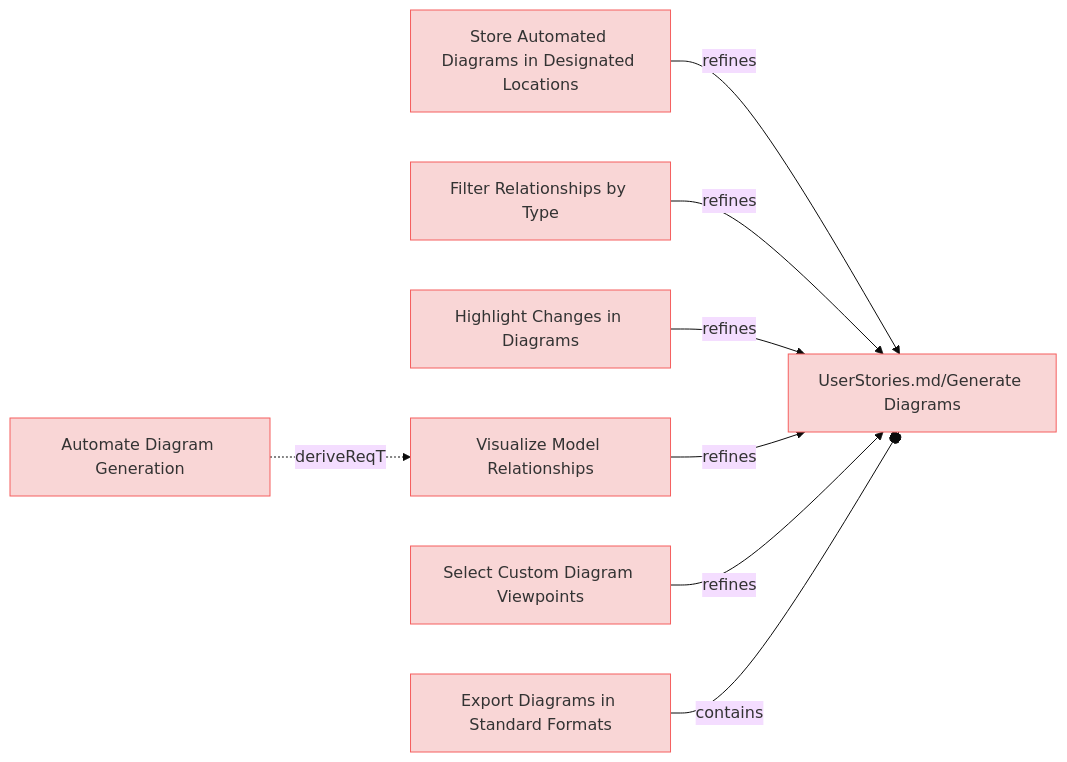
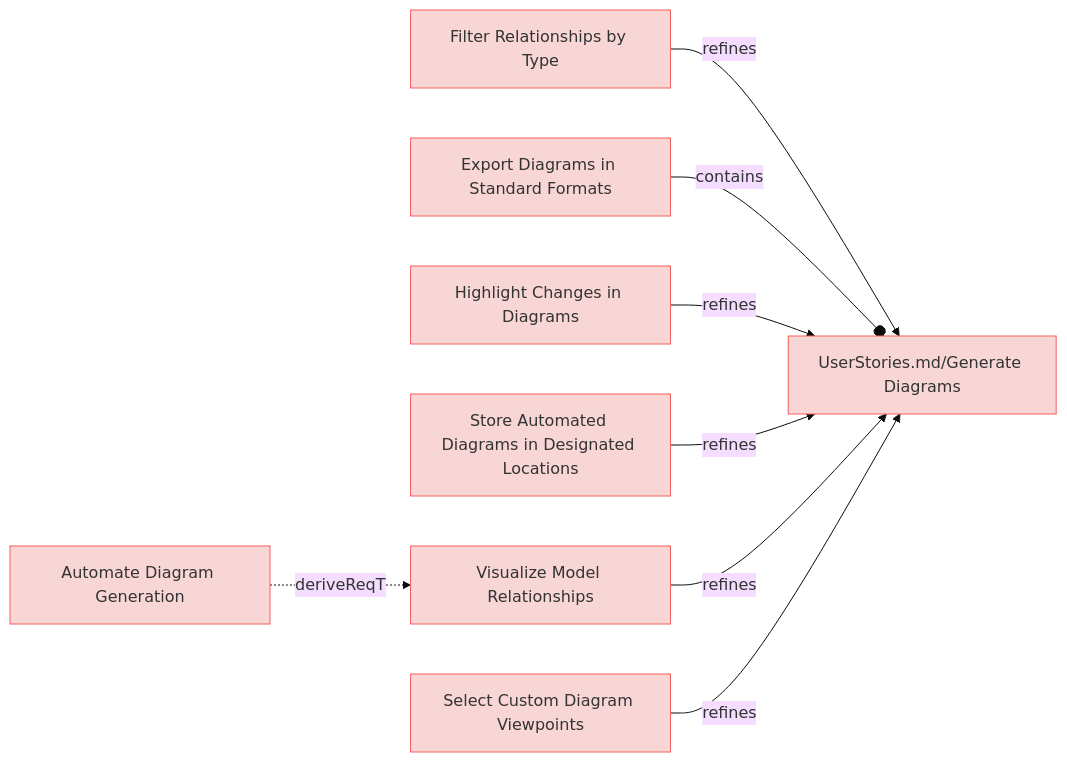
Before and after one commit to reqvire-org/reqvire: the first of 9 diagrams in specifications/UserRequirements.md, drawn with Mermaid (base theme). The commit also changed other lines of this file and 21 other files, not shown here.

````diff
--- a/specifications/UserRequirements.md
+++ b/specifications/UserRequirements.md
@@ -4,40 +4,40 @@
 ```mermaid
 graph LR;
   %% Graph styling
   classDef requirement fill:#f9d6d6,stroke:#f55f5f,stroke-width:1px;
   classDef verification fill:#d6f9d6,stroke:#5fd75f,stroke-width:1px;
   classDef externalLink fill:#d0e0ff,stroke:#3080ff,stroke-width:1px;
   classDef default fill:#f5f5f5,stroke:#333333,stroke-width:1px;
 
-  9276544d5ee17790["Store Automated Diagrams in Designated Locations"];
-  click 9276544d5ee17790 "https://github.com/ilijaljubicic/Reqvire/blob/8a68ca1eab81bac7964085e47777a0a92447c6a5/specifications/UserRequirements.md#store-automated-diagrams-in-designated-locations";
-  class 9276544d5ee17790 requirement;
-  ab3c35050243abb3["UserStories.md/Generate Diagrams"];
-  class ab3c35050243abb3 requirement;
-  click ab3c35050243abb3 "https://github.com/ilijaljubicic/Reqvire/blob/8a68ca1eab81bac7964085e47777a0a92447c6a5/specifications/UserStories.md#generate-diagrams";
-  9276544d5ee17790 -->|refines| ab3c35050243abb3;
-  f3450185979ff229["Filter Relationships by Type"];
-  click f3450185979ff229 "https://github.com/ilijaljubicic/Reqvire/blob/8a68ca1eab81bac7964085e47777a0a92447c6a5/specifications/UserRequirements.md#filter-relationships-by-type";
-  class f3450185979ff229 requirement;
-  f3450185979ff229 -->|refines| ab3c35050243abb3;
-  efa8bb8c8484bb40["Highlight Changes in Diagrams"];
-  click efa8bb8c8484bb40 "https://github.com/ilijaljubicic/Reqvire/blob/8a68ca1eab81bac7964085e47777a0a92447c6a5/specifications/UserRequirements.md#highlight-changes-in-diagrams";
-  class efa8bb8c8484bb40 requirement;
-  efa8bb8c8484bb40 -->|refines| ab3c35050243abb3;
-  4d4dad9ce307fade["Automate Diagram Generation"];
-  click 4d4dad9ce307fade "https://github.com/ilijaljubicic/Reqvire/blob/8a68ca1eab81bac7964085e47777a0a92447c6a5/specifications/UserRequirements.md#automate-diagram-generation";
-  class 4d4dad9ce307fade requirement;
-  e98d18ae3a41815a["Visualize Model Relationships"];
-  class e98d18ae3a41815a requirement;
-  click e98d18ae3a41815a "https://github.com/ilijaljubicic/Reqvire/blob/8a68ca1eab81bac7964085e47777a0a92447c6a5/specifications/UserRequirements.md#visualize-model-relationships";
-  4d4dad9ce307fade -.->|deriveReqT| e98d18ae3a41815a;
-  e98d18ae3a41815a -->|refines| ab3c35050243abb3;
-  979760c5530f9260["Select Custom Diagram Viewpoints"];
-  click 979760c5530f9260 "https://github.com/ilijaljubicic/Reqvire/blob/8a68ca1eab81bac7964085e47777a0a92447c6a5/specifications/UserRequirements.md#select-custom-diagram-viewpoints";
-  class 979760c5530f9260 requirement;
-  979760c5530f9260 -->|refines| ab3c35050243abb3;
-  ff7932724ee600f1["Export Diagrams in Standard Formats"];
-  click ff7932724ee600f1 "https://github.com/ilijaljubicic/Reqvire/blob/8a68ca1eab81bac7964085e47777a0a92447c6a5/specifications/UserRequirements.md#export-diagrams-in-standard-formats";
-  class ff7932724ee600f1 requirement;
-  ff7932724ee600f1 --o|contains| ab3c35050243abb3;
+  66e9d8186acafd13["Filter Relationships by Type"];
+  click 66e9d8186acafd13 "https://github.com/Reqvire/reqvire/blob/f18e52f9f88c64f67a79abc4e93eb74b3ec22615/specifications/UserRequirements.md#filter-relationships-by-type";
+  class 66e9d8186acafd13 requirement;
+  694c4bb24b10f0c7["UserStories.md/Generate Diagrams"];
+  class 694c4bb24b10f0c7 requirement;
+  click 694c4bb24b10f0c7 "https://github.com/Reqvire/reqvire/blob/f18e52f9f88c64f67a79abc4e93eb74b3ec22615/specifications/UserStories.md#generate-diagrams";
+  66e9d8186acafd13 -->|refines| 694c4bb24b10f0c7;
+  a0274ca0625d8493["Export Diagrams in Standard Formats"];
+  click a0274ca0625d8493 "https://github.com/Reqvire/reqvire/blob/f18e52f9f88c64f67a79abc4e93eb74b3ec22615/specifications/UserRequirements.md#export-diagrams-in-standard-formats";
+  class a0274ca0625d8493 requirement;
+  a0274ca0625d8493 --o|contains| 694c4bb24b10f0c7;
+  ac914f743d73674e["Highlight Changes in Diagrams"];
+  click ac914f743d73674e "https://github.com/Reqvire/reqvire/blob/f18e52f9f88c64f67a79abc4e93eb74b3ec22615/specifications/UserRequirements.md#highlight-changes-in-diagrams";
+  class ac914f743d73674e requirement;
+  ac914f743d73674e -->|refines| 694c4bb24b10f0c7;
+  c522cf4c404bdc24["Automate Diagram Generation"];
+  click c522cf4c404bdc24 "https://github.com/Reqvire/reqvire/blob/f18e52f9f88c64f67a79abc4e93eb74b3ec22615/specifications/UserRequirements.md#automate-diagram-generation";
+  class c522cf4c404bdc24 requirement;
+  eed0b020b6ddeae1["Visualize Model Relationships"];
+  class eed0b020b6ddeae1 requirement;
+  click eed0b020b6ddeae1 "https://github.com/Reqvire/reqvire/blob/f18e52f9f88c64f67a79abc4e93eb74b3ec22615/specifications/UserRequirements.md#visualize-model-relationships";
+  c522cf4c404bdc24 -.->|deriveReqT| eed0b020b6ddeae1;
+  89097c1311055b72["Store Automated Diagrams in Designated Locations"];
+  click 89097c1311055b72 "https://github.com/Reqvire/reqvire/blob/f18e52f9f88c64f67a79abc4e93eb74b3ec22615/specifications/UserRequirements.md#store-automated-diagrams-in-designated-locations";
+  class 89097c1311055b72 requirement;
+  89097c1311055b72 -->|refines| 694c4bb24b10f0c7;
+  eed0b020b6ddeae1 -->|refines| 694c4bb24b10f0c7;
+  aa6a73dcebdfbc0d["Select Custom Diagram Viewpoints"];
+  click aa6a73dcebdfbc0d "https://github.com/Reqvire/reqvire/blob/f18e52f9f88c64f67a79abc4e93eb74b3ec22615/specifications/UserRequirements.md#select-custom-diagram-viewpoints";
+  class aa6a73dcebdfbc0d requirement;
+  aa6a73dcebdfbc0d -->|refines| 694c4bb24b10f0c7;
 ```
````
